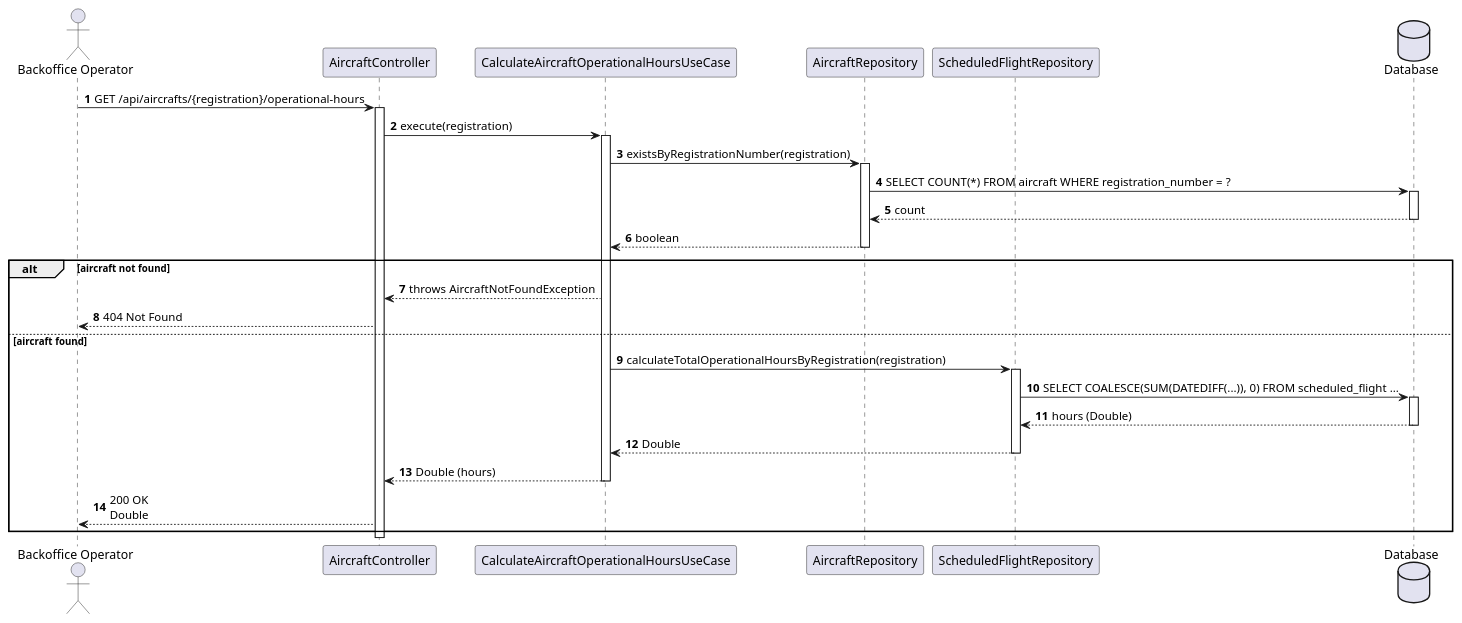
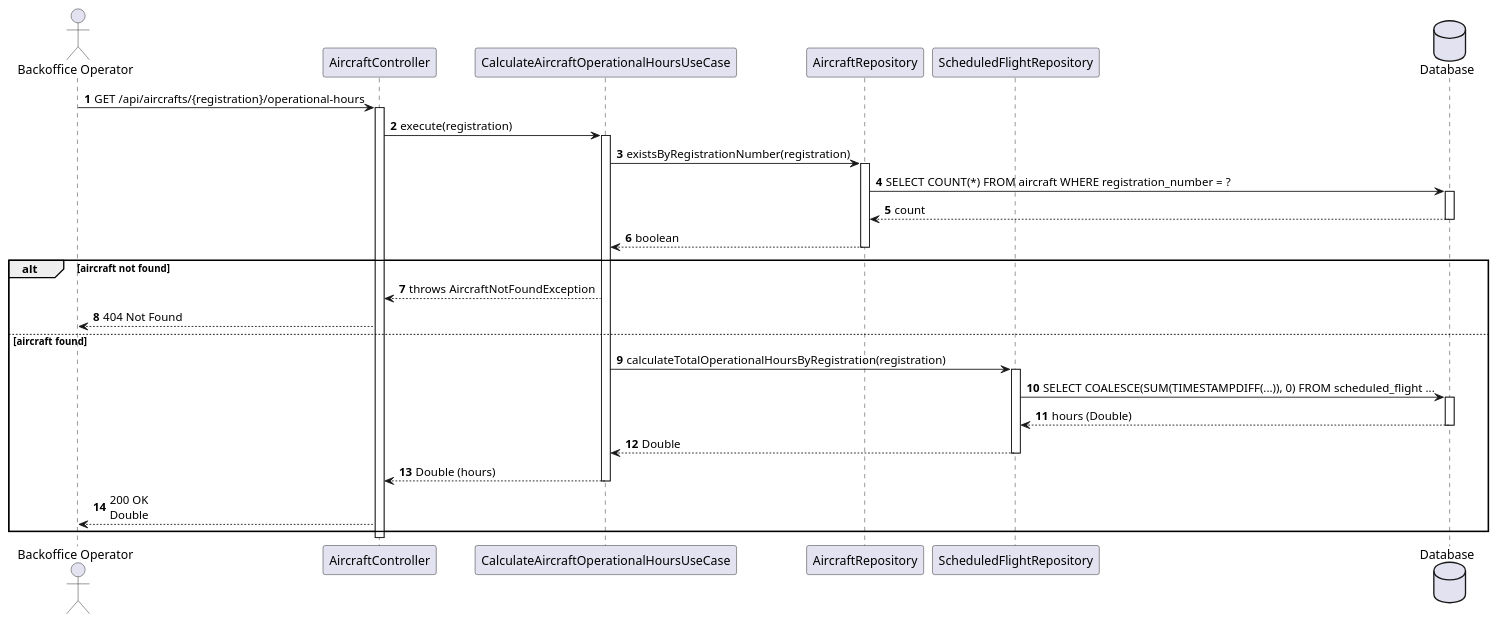
One commit to VascoMagolo/psoft_1231562_1241692_1242036_2db changed the diagram in docs/system-documentation/use-cases/WP1B/US206/puml/sd_us206.puml. Above: the diagram before and after it, drawn with PlantUML. The commit also changed 3 other files, not shown here.

Commit message:
1 refactor(flights): replace native DATEDIFF with agnostic JPQL TIMESTAMPDIFF

```diff
--- a/docs/system-documentation/use-cases/WP1B/US206/puml/sd_us206.puml
+++ b/docs/system-documentation/use-cases/WP1B/US206/puml/sd_us206.puml
@@ -1,44 +1,44 @@
 @startuml
 autonumber
 actor "Backoffice Operator" as BO
 participant "AircraftController" as Ctrl
 participant "CalculateAircraftOperationalHoursUseCase" as UC
 participant "AircraftRepository" as Repo
 participant "ScheduledFlightRepository" as FlightRepo
 database "Database" as DB
 
 BO -> Ctrl : GET /api/aircrafts/{registration}/operational-hours
 activate Ctrl
 
 Ctrl -> UC : execute(registration)
 activate UC
 
 UC -> Repo : existsByRegistrationNumber(registration)
 activate Repo
 Repo -> DB : SELECT COUNT(*) FROM aircraft WHERE registration_number = ?
 activate DB
 DB --> Repo : count
 deactivate DB
 Repo --> UC : boolean
 deactivate Repo
 
 alt aircraft not found
     UC --> Ctrl : throws AircraftNotFoundException
     Ctrl --> BO : 404 Not Found
 else aircraft found
     UC -> FlightRepo : calculateTotalOperationalHoursByRegistration(registration)
     activate FlightRepo
-    FlightRepo -> DB : SELECT COALESCE(SUM(DATEDIFF(...)), 0) FROM scheduled_flight ...
+    FlightRepo -> DB : SELECT COALESCE(SUM(TIMESTAMPDIFF(...)), 0) FROM scheduled_flight ...
     activate DB
     DB --> FlightRepo : hours (Double)
     deactivate DB
     FlightRepo --> UC : Double
     deactivate FlightRepo
 
     UC --> Ctrl : Double (hours)
     deactivate UC
     Ctrl --> BO : 200 OK\nDouble
 end
 
 deactivate Ctrl
 @enduml
```
